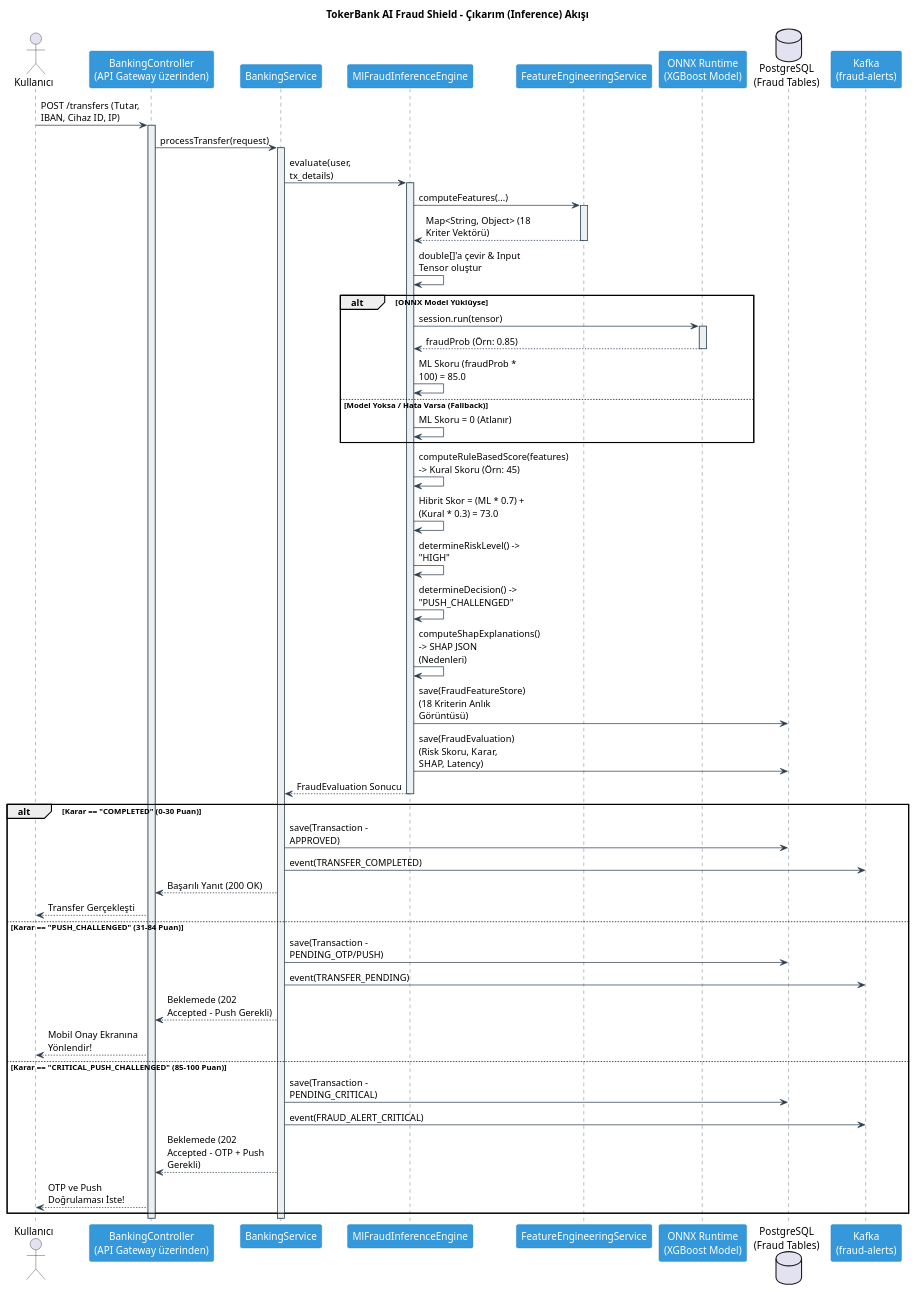
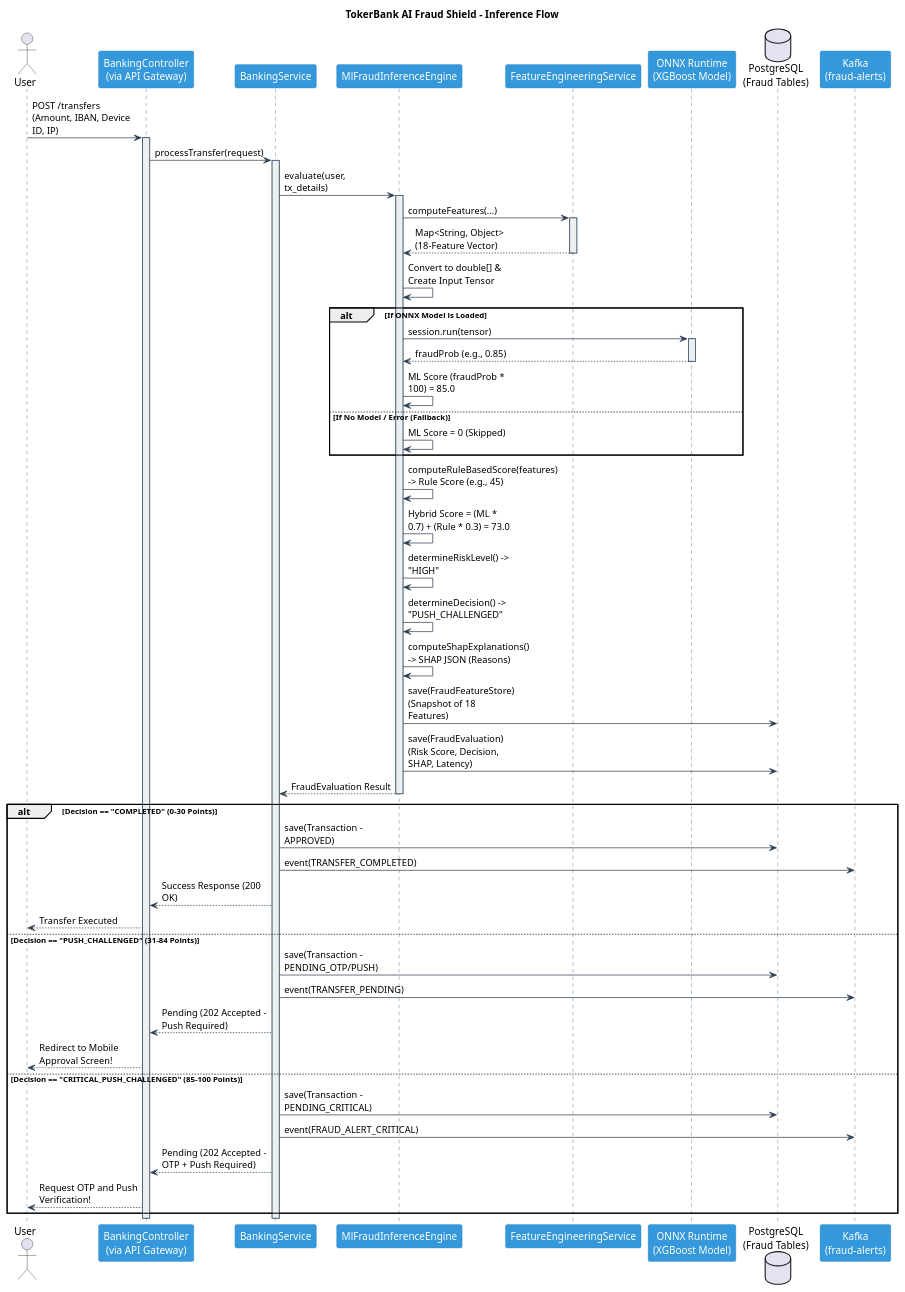
One commit to boratoker/banking-auth-fraud-engine changed the diagram in diagrams/fraud_ml_sequence.puml. Above: the diagram before and after it, drawn with PlantUML. The commit also changed 2 other files, not shown here.

Commit message:
refactor: translate diagram text to English and add new ML training pipeline diagram

```diff
--- a/diagrams/fraud_ml_sequence.puml
+++ b/diagrams/fraud_ml_sequence.puml
@@ -1,84 +1,84 @@
 @startuml Fraud_ML_Sequence
-title TokerBank AI Fraud Shield - Çıkarım (Inference) Akışı
+title TokerBank AI Fraud Shield - Inference Flow
 
 skinparam maxMessageSize 150
 skinparam backgroundColor #FFFFFF
 skinparam sequence {
     ArrowColor #2C3E50
     LifeLineBorderColor #34495E
     LifeLineBackgroundColor #ECF0F1
     ParticipantBorderColor #2980B9
     ParticipantBackgroundColor #3498DB
     ParticipantFontColor #FFFFFF
     ParticipantFontSize 14
     ParticipantFontName Arial
 }
 
-actor "Kullanıcı" as User
-participant "BankingController\n(API Gateway üzerinden)" as Controller
+actor "User" as User
+participant "BankingController\n(via API Gateway)" as Controller
 participant "BankingService" as Service
 participant "MlFraudInferenceEngine" as MLEngine
 participant "FeatureEngineeringService" as FeatureEng
 participant "ONNX Runtime\n(XGBoost Model)" as ONNX
 database "PostgreSQL\n(Fraud Tables)" as DB
 participant "Kafka\n(fraud-alerts)" as Kafka
 
-User -> Controller: POST /transfers (Tutar, IBAN, Cihaz ID, IP)
+User -> Controller: POST /transfers (Amount, IBAN, Device ID, IP)
 activate Controller
 
 Controller -> Service: processTransfer(request)
 activate Service
 
 Service -> MLEngine: evaluate(user, tx_details)
 activate MLEngine
 
 MLEngine -> FeatureEng: computeFeatures(...)
 activate FeatureEng
-FeatureEng --> MLEngine: Map<String, Object> (18 Kriter Vektörü)
+FeatureEng --> MLEngine: Map<String, Object> (18-Feature Vector)
 deactivate FeatureEng
 
-MLEngine -> MLEngine: double[]'a çevir & Input Tensor oluştur
+MLEngine -> MLEngine: Convert to double[] & Create Input Tensor
 
-alt ONNX Model Yüklüyse
+alt If ONNX Model is Loaded
     MLEngine -> ONNX: session.run(tensor)
     activate ONNX
-    ONNX --> MLEngine: fraudProb (Örn: 0.85)
+    ONNX --> MLEngine: fraudProb (e.g., 0.85)
     deactivate ONNX
-    MLEngine -> MLEngine: ML Skoru (fraudProb * 100) = 85.0
-else Model Yoksa / Hata Varsa (Fallback)
-    MLEngine -> MLEngine: ML Skoru = 0 (Atlanır)
+    MLEngine -> MLEngine: ML Score (fraudProb * 100) = 85.0
+else If No Model / Error (Fallback)
+    MLEngine -> MLEngine: ML Score = 0 (Skipped)
 end
 
-MLEngine -> MLEngine: computeRuleBasedScore(features) -> Kural Skoru (Örn: 45)
-MLEngine -> MLEngine: Hibrit Skor = (ML * 0.7) + (Kural * 0.3) = 73.0
+MLEngine -> MLEngine: computeRuleBasedScore(features) -> Rule Score (e.g., 45)
+MLEngine -> MLEngine: Hybrid Score = (ML * 0.7) + (Rule * 0.3) = 73.0
 
 MLEngine -> MLEngine: determineRiskLevel() -> "HIGH"
 MLEngine -> MLEngine: determineDecision() -> "PUSH_CHALLENGED"
-MLEngine -> MLEngine: computeShapExplanations() -> SHAP JSON (Nedenleri)
+MLEngine -> MLEngine: computeShapExplanations() -> SHAP JSON (Reasons)
 
-MLEngine -> DB: save(FraudFeatureStore) (18 Kriterin Anlık Görüntüsü)
-MLEngine -> DB: save(FraudEvaluation) (Risk Skoru, Karar, SHAP, Latency)
+MLEngine -> DB: save(FraudFeatureStore) (Snapshot of 18 Features)
+MLEngine -> DB: save(FraudEvaluation) (Risk Score, Decision, SHAP, Latency)
 
-MLEngine --> Service: FraudEvaluation Sonucu
+MLEngine --> Service: FraudEvaluation Result
 deactivate MLEngine
 
-alt Karar == "COMPLETED" (0-30 Puan)
+alt Decision == "COMPLETED" (0-30 Points)
     Service -> DB: save(Transaction - APPROVED)
     Service -> Kafka: event(TRANSFER_COMPLETED)
-    Service --> Controller: Başarılı Yanıt (200 OK)
-    Controller --> User: Transfer Gerçekleşti
-else Karar == "PUSH_CHALLENGED" (31-84 Puan)
+    Service --> Controller: Success Response (200 OK)
+    Controller --> User: Transfer Executed
+else Decision == "PUSH_CHALLENGED" (31-84 Points)
     Service -> DB: save(Transaction - PENDING_OTP/PUSH)
     Service -> Kafka: event(TRANSFER_PENDING)
-    Service --> Controller: Beklemede (202 Accepted - Push Gerekli)
-    Controller --> User: Mobil Onay Ekranına Yönlendir!
-else Karar == "CRITICAL_PUSH_CHALLENGED" (85-100 Puan)
+    Service --> Controller: Pending (202 Accepted - Push Required)
+    Controller --> User: Redirect to Mobile Approval Screen!
+else Decision == "CRITICAL_PUSH_CHALLENGED" (85-100 Points)
     Service -> DB: save(Transaction - PENDING_CRITICAL)
     Service -> Kafka: event(FRAUD_ALERT_CRITICAL)
-    Service --> Controller: Beklemede (202 Accepted - OTP + Push Gerekli)
-    Controller --> User: OTP ve Push Doğrulaması İste!
+    Service --> Controller: Pending (202 Accepted - OTP + Push Required)
+    Controller --> User: Request OTP and Push Verification!
 end
 
 deactivate Service
 deactivate Controller
 @enduml
```
